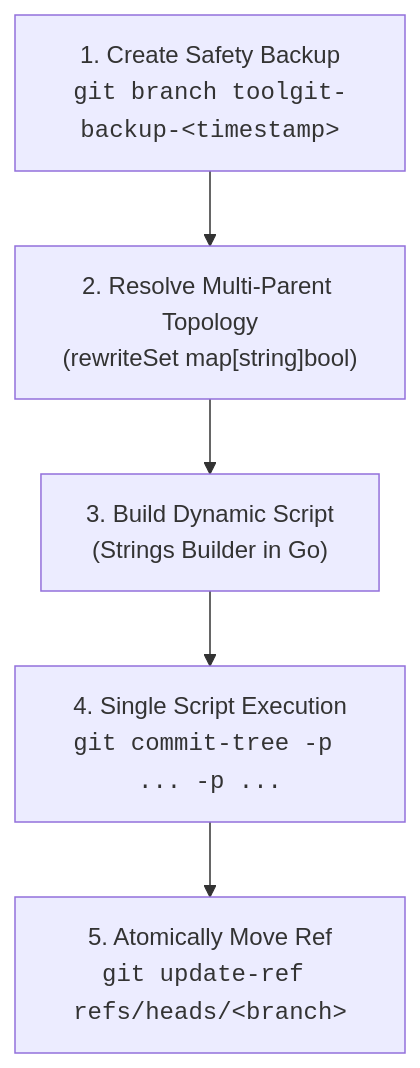
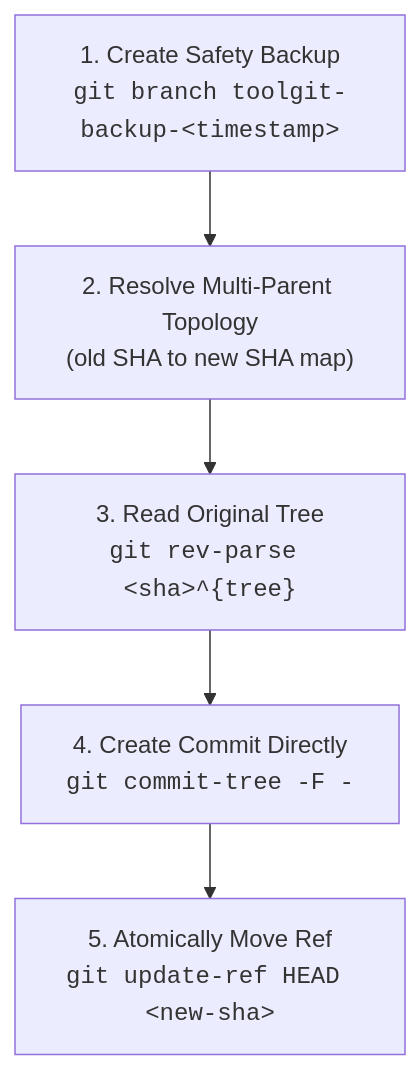
The fifth of 5 diagrams in docs/HOW_IT_WORKS.md (abhaysinh8/toolgit), drawn with Mermaid before and after one commit. The commit also changed other lines of this file and 16 other files, not shown here.

````diff
--- a/docs/HOW_IT_WORKS.md
+++ b/docs/HOW_IT_WORKS.md
@@ -181,7 +181,7 @@
 ```mermaid
 graph TD
-    A["1. Create Safety Backup<br/><code>git branch toolgit-backup-&lt;timestamp&gt;</code>"] --> B["2. Resolve Multi-Parent Topology<br/>(rewriteSet map[string]bool)"]
-    B --> C["3. Build Dynamic Script<br/>(Strings Builder in Go)"]
-    C --> D["4. Single Script Execution<br/><code>git commit-tree -p ... -p ...</code>"]
-    D --> E["5. Atomically Move Ref<br/><code>git update-ref refs/heads/&lt;branch&gt;</code>"]
+    A["1. Create Safety Backup<br/><code>git branch toolgit-backup-&lt;timestamp&gt;</code>"] --> B["2. Resolve Multi-Parent Topology<br/>(old SHA to new SHA map)"]
+    B --> C["3. Read Original Tree<br/><code>git rev-parse &lt;sha&gt;^{tree}</code>"]
+    C --> D["4. Create Commit Directly<br/><code>git commit-tree -F -</code>"]
+    D --> E["5. Atomically Move Ref<br/><code>git update-ref HEAD &lt;new-sha&gt;</code>"]
 ```
````
